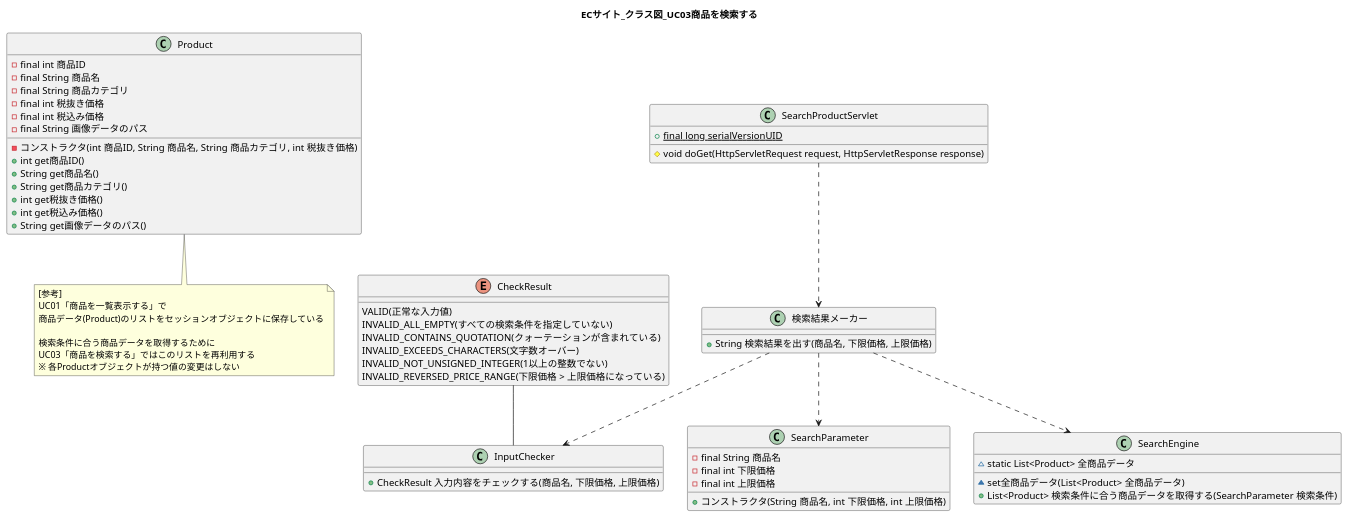
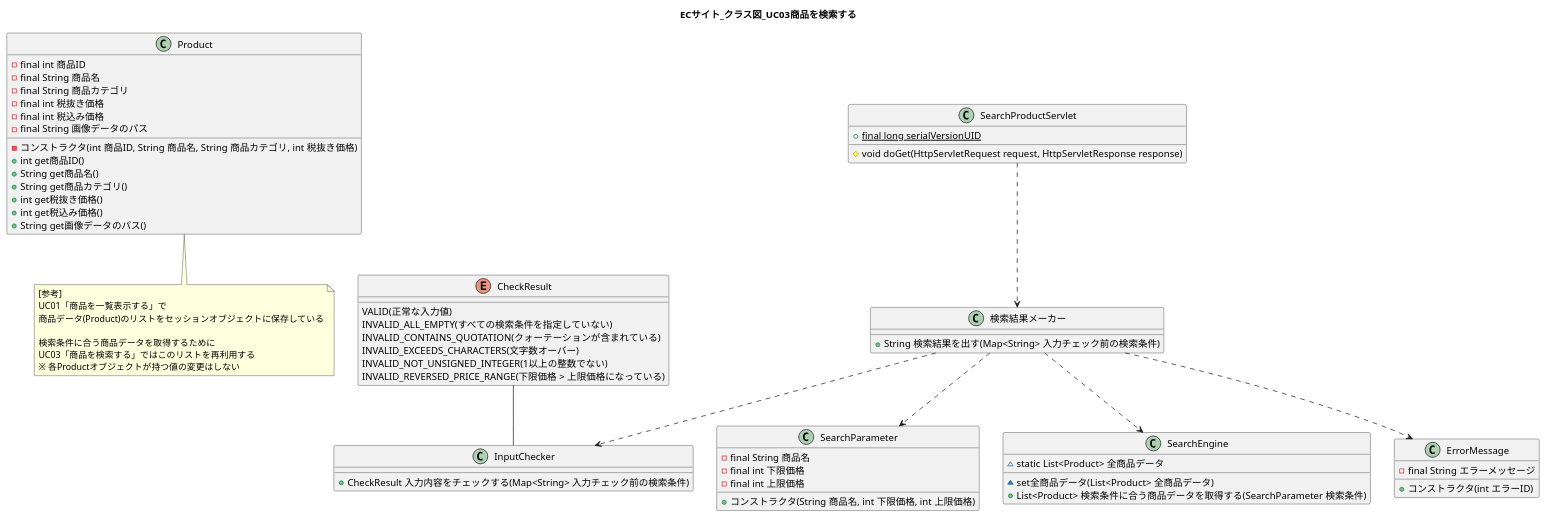
The diagram in UML/ClassDiag03.puml (wnakayama/ojt_ecsite), drawn with PlantUML before and after one commit. The commit also changed 3 other files, not shown here.

```diff
--- a/UML/ClassDiag03.puml
+++ b/UML/ClassDiag03.puml
@@ -1,70 +1,76 @@
 @startuml
 title ECサイト_クラス図_UC03商品を検索する
 
 class Product {
     -final int 商品ID
     -final String 商品名
     -final String 商品カテゴリ
     -final int 税抜き価格
     -final int 税込み価格
     -final String 画像データのパス
     -コンストラクタ(int 商品ID, String 商品名, String 商品カテゴリ, int 税抜き価格)
     +int get商品ID()
     +String get商品名()
     +String get商品カテゴリ()
     +int get税抜き価格()
     +int get税込み価格()
     +String get画像データのパス()
 }
 
 note bottom of Product
 [参考]
 UC01「商品を一覧表示する」で
 商品データ(Product)のリストをセッションオブジェクトに保存している
 
 検索条件に合う商品データを取得するために
 UC03「商品を検索する」ではこのリストを再利用する
 ※ 各Productオブジェクトが持つ値の変更はしない
 end note
 
 class SearchProductServlet {
     +{static} final long serialVersionUID
     #void doGet(HttpServletRequest request, HttpServletResponse response)
 }
 
 SearchProductServlet ..> 検索結果メーカー
 class 検索結果メーカー {
-    +String 検索結果を出す(商品名, 下限価格, 上限価格)
+    +String 検索結果を出す(Map<String> 入力チェック前の検索条件)
 }
 
 CheckResult -- InputChecker
 enum CheckResult {
     VALID(正常な入力値)
     INVALID_ALL_EMPTY(すべての検索条件を指定していない)
     INVALID_CONTAINS_QUOTATION(クォーテーションが含まれている)
     INVALID_EXCEEDS_CHARACTERS(文字数オーバー)
     INVALID_NOT_UNSIGNED_INTEGER(1以上の整数でない)
     INVALID_REVERSED_PRICE_RANGE(下限価格 > 上限価格になっている)
 }
 
 検索結果メーカー ..> InputChecker
 class InputChecker {
-    +CheckResult 入力内容をチェックする(商品名, 下限価格, 上限価格)
+    +CheckResult 入力内容をチェックする(Map<String> 入力チェック前の検索条件)
 }
 
 検索結果メーカー ..> SearchParameter
 class SearchParameter {
     -final String 商品名
     -final int 下限価格
     -final int 上限価格
     +コンストラクタ(String 商品名, int 下限価格, int 上限価格)
 }
 
 検索結果メーカー ..> SearchEngine
 class SearchEngine {
     ~static List<Product> 全商品データ
     ~set全商品データ(List<Product> 全商品データ)
     +List<Product> 検索条件に合う商品データを取得する(SearchParameter 検索条件)
 }
 
+検索結果メーカー ..> ErrorMessage
+class ErrorMessage {
+    -final String エラーメッセージ
+    +コンストラクタ(int エラーID)
+}
+
 @enduml
```
